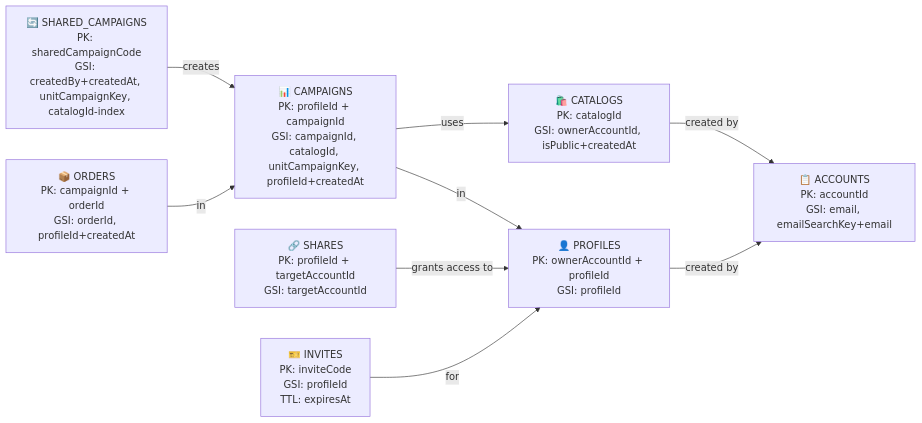
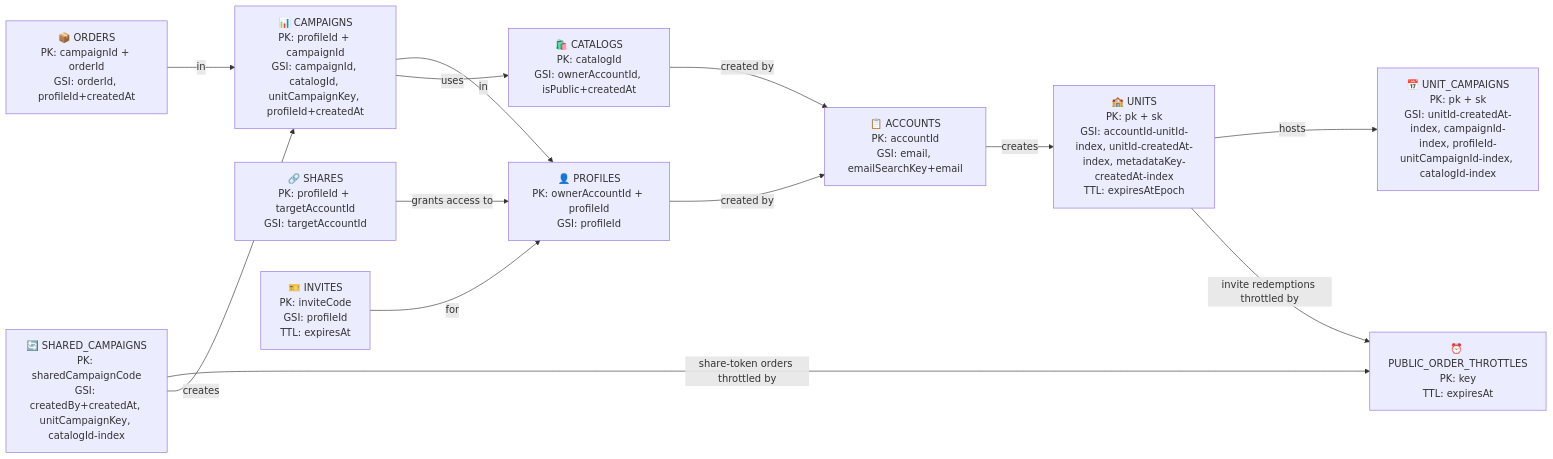
One commit to dmeiser/kernelworx changed the first of 13 diagrams in docs/SCHEMA.md. Above: the diagram before and after it, drawn with Mermaid. The commit also changed other lines of this file and 5 other files, not shown here.

Commit message:
no-mistakes(document): Document new Show & Sell tables; refresh schema docs

````diff
--- a/docs/SCHEMA.md
+++ b/docs/SCHEMA.md
@@ -7,20 +7,27 @@
 ```mermaid
 graph LR
     A["📋 ACCOUNTS<br/>PK: accountId<br/>GSI: email, emailSearchKey+email"] 
     B["👤 PROFILES<br/>PK: ownerAccountId + profileId<br/>GSI: profileId"]
     C["📊 CAMPAIGNS<br/>PK: profileId + campaignId<br/>GSI: campaignId, catalogId, unitCampaignKey, profileId+createdAt"]
     D["📦 ORDERS<br/>PK: campaignId + orderId<br/>GSI: orderId, profileId+createdAt"]
     E["🛍️ CATALOGS<br/>PK: catalogId<br/>GSI: ownerAccountId, isPublic+createdAt"]
     F["🔗 SHARES<br/>PK: profileId + targetAccountId<br/>GSI: targetAccountId"]
     G["🎫 INVITES<br/>PK: inviteCode<br/>GSI: profileId<br/>TTL: expiresAt"]
     H["🔄 SHARED_CAMPAIGNS<br/>PK: sharedCampaignCode<br/>GSI: createdBy+createdAt, unitCampaignKey, catalogId-index"]
+    I["⏰ PUBLIC_ORDER_THROTTLES<br/>PK: key<br/>TTL: expiresAt"]
+    J["🏫 UNITS<br/>PK: pk + sk<br/>GSI: accountId-unitId-index, unitId-createdAt-index, metadataKey-createdAt-index<br/>TTL: expiresAtEpoch"]
+    K["📅 UNIT_CAMPAIGNS<br/>PK: pk + sk<br/>GSI: unitId-createdAt-index, campaignId-index, profileId-unitCampaignId-index, catalogId-index"]
     
     B -->|created by| A
+    A -->|creates| J
+    J -->|hosts| K
+    H -->|share-token orders throttled by| I
+    J -->|invite redemptions throttled by| I
     C -->|in| B
     D -->|in| C
     C -->|uses| E
     F -->|grants access to| B
     G -->|for| B
     H -->|creates| C
     E -->|created by| A
 ```
````
